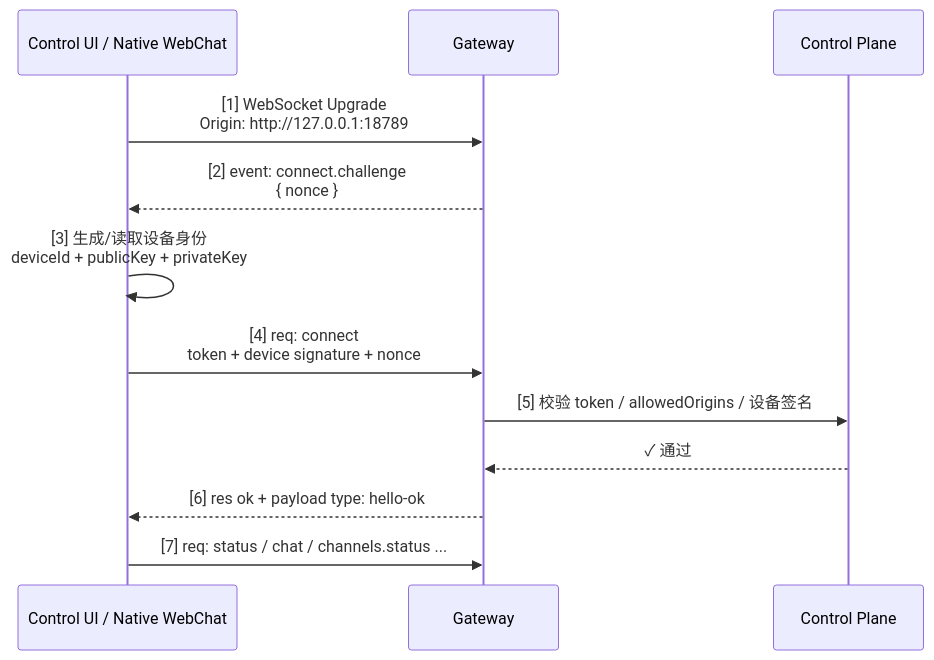
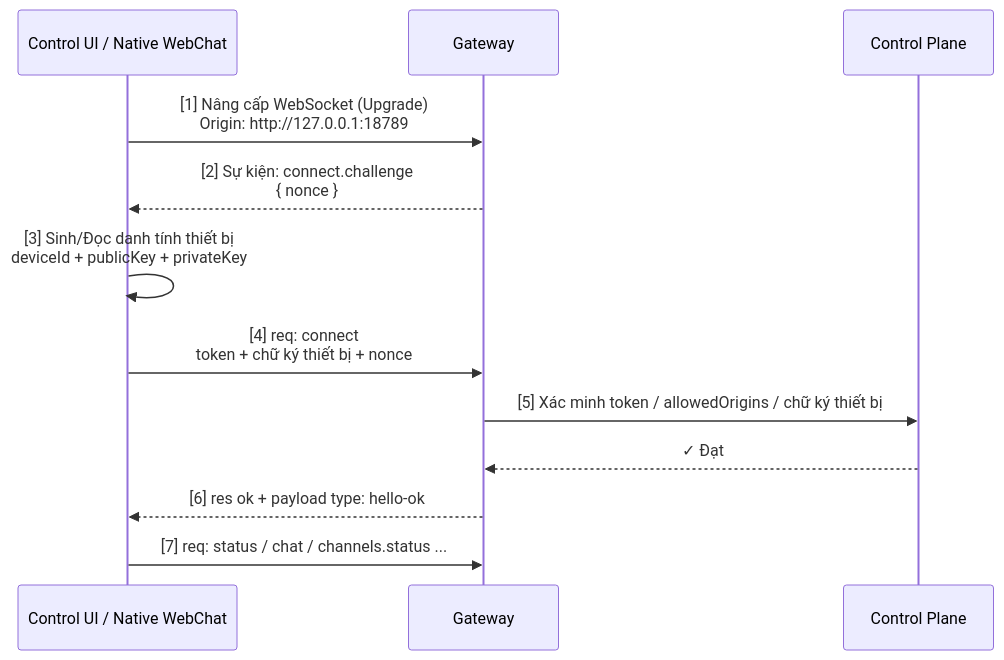
One commit to dino-edu/openclaw_guide changed the diagram in 09_gateway_protocol/9.3_ws_handshake.md. Above: the diagram before and after it, drawn with Mermaid. The commit also changed other lines of this file and 27 other files, not shown here.

````diff
--- a/09_gateway_protocol/9.3_ws_handshake.md
+++ b/09_gateway_protocol/9.3_ws_handshake.md
@@ -17,15 +17,15 @@
 ```mermaid
 sequenceDiagram
     participant UI as Control UI / Native WebChat
     participant Gateway as Gateway
     participant Control as Control Plane
 
-    UI->>Gateway: [1] WebSocket Upgrade<br/>Origin: http://127.0.0.1:18789
-    Gateway-->>UI: [2] event: connect.challenge<br/>{ nonce }
-    UI->>UI: [3] 生成/读取设备身份<br/>deviceId + publicKey + privateKey
-    UI->>Gateway: [4] req: connect<br/>token + device signature + nonce
-    Gateway->>Control: [5] 校验 token / allowedOrigins / 设备签名
-    Control-->>Gateway: ✓ 通过
+    UI->>Gateway: [1] Nâng cấp WebSocket (Upgrade)<br/>Origin: http://127.0.0.1:18789
+    Gateway-->>UI: [2] Sự kiện: connect.challenge<br/>{ nonce }
+    UI->>UI: [3] Sinh/Đọc danh tính thiết bị<br/>deviceId + publicKey + privateKey
+    UI->>Gateway: [4] req: connect<br/>token + chữ ký thiết bị + nonce
+    Gateway->>Control: [5] Xác minh token / allowedOrigins / chữ ký thiết bị
+    Control-->>Gateway: ✓ Đạt
     Gateway-->>UI: [6] res ok + payload type: hello-ok
     UI->>Gateway: [7] req: status / chat / channels.status ...
 ```
````
